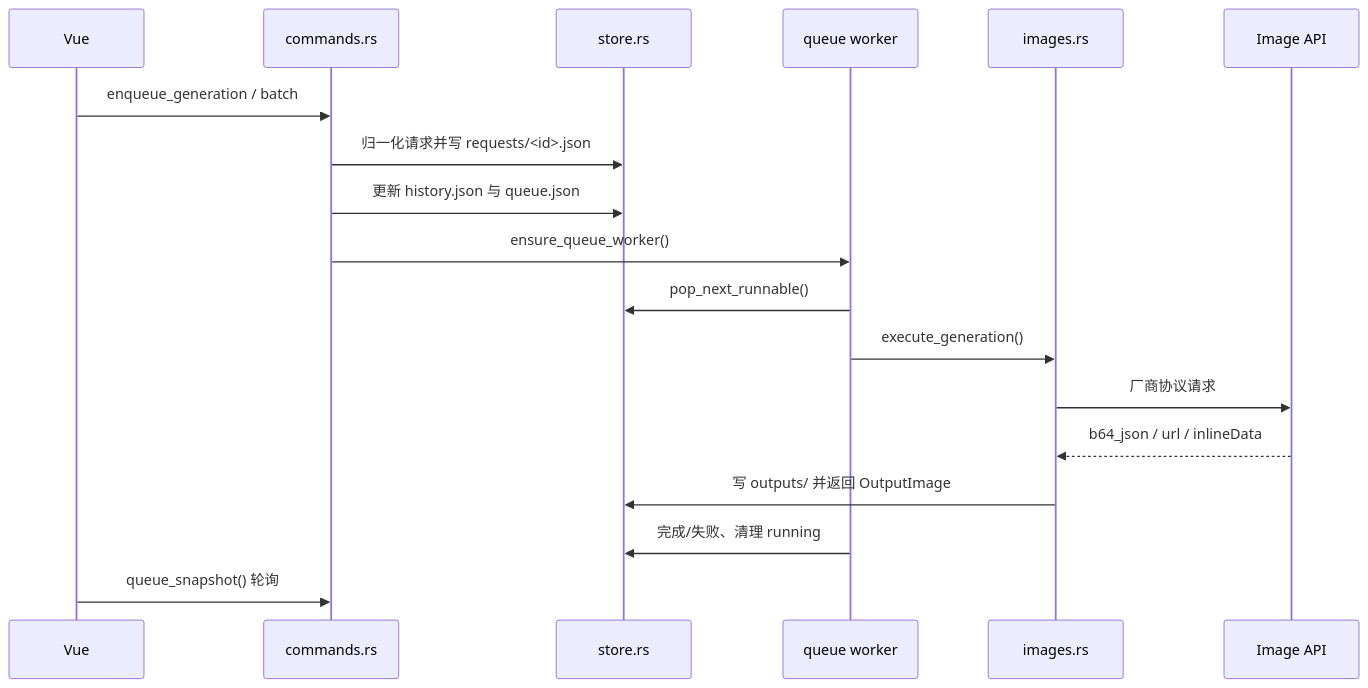
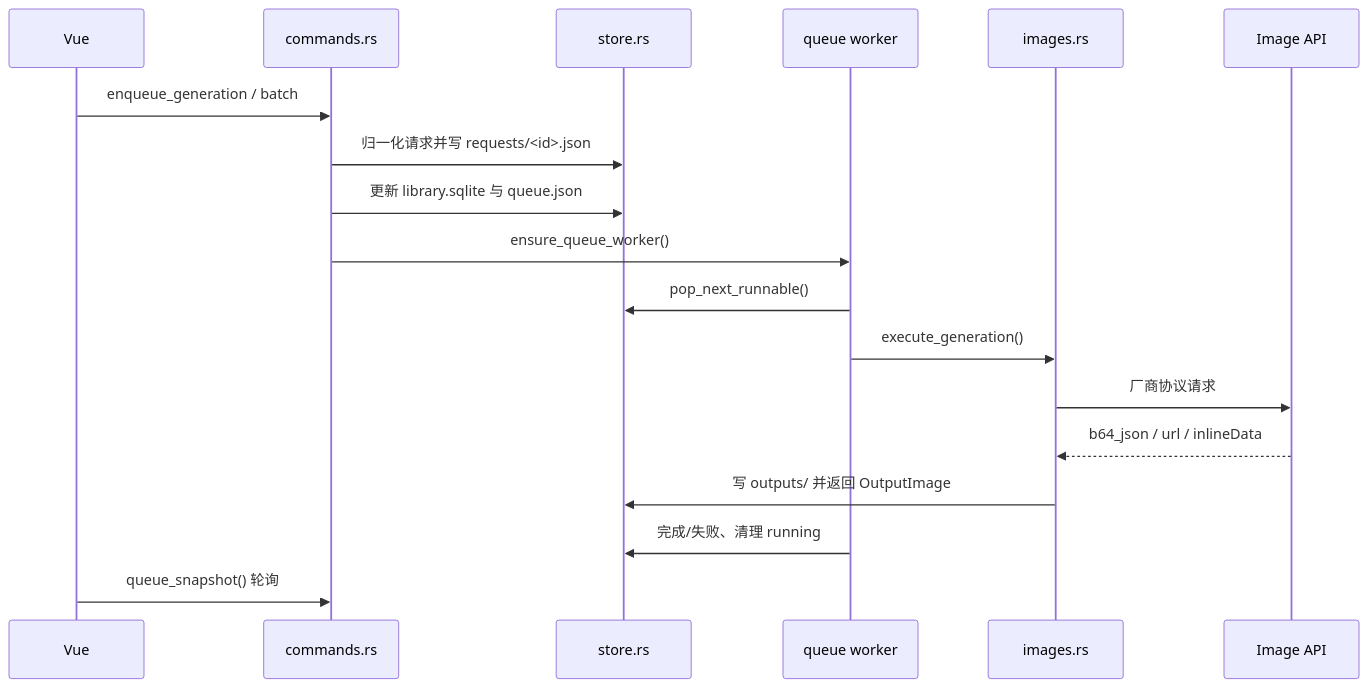
One commit to Tairraos/image-forge changed the third of 3 diagrams in docs/technical-design.md. Above: the diagram before and after it, drawn with Mermaid. The commit also changed other lines of this file, not shown here.

Commit message:
docs: 更新技术设计文档以反映仅保留 Agent 视图

````diff
--- a/docs/technical-design.md
+++ b/docs/technical-design.md
@@ -183,21 +179,21 @@
 ```mermaid
 sequenceDiagram
   participant UI as Vue
   participant Cmd as commands.rs
   participant Store as store.rs
   participant Worker as queue worker
   participant Images as images.rs
   participant API as Image API
 
   UI->>Cmd: enqueue_generation / batch
   Cmd->>Store: 归一化请求并写 requests/<id>.json
-  Cmd->>Store: 更新 history.json 与 queue.json
+  Cmd->>Store: 更新 library.sqlite 与 queue.json
   Cmd->>Worker: ensure_queue_worker()
   Worker->>Store: pop_next_runnable()
   Worker->>Images: execute_generation()
   Images->>API: 厂商协议请求
   API-->>Images: b64_json / url / inlineData
   Images->>Store: 写 outputs/ 并返回 OutputImage
   Worker->>Store: 完成/失败、清理 running
   UI->>Cmd: queue_snapshot() 轮询
 ```
````
